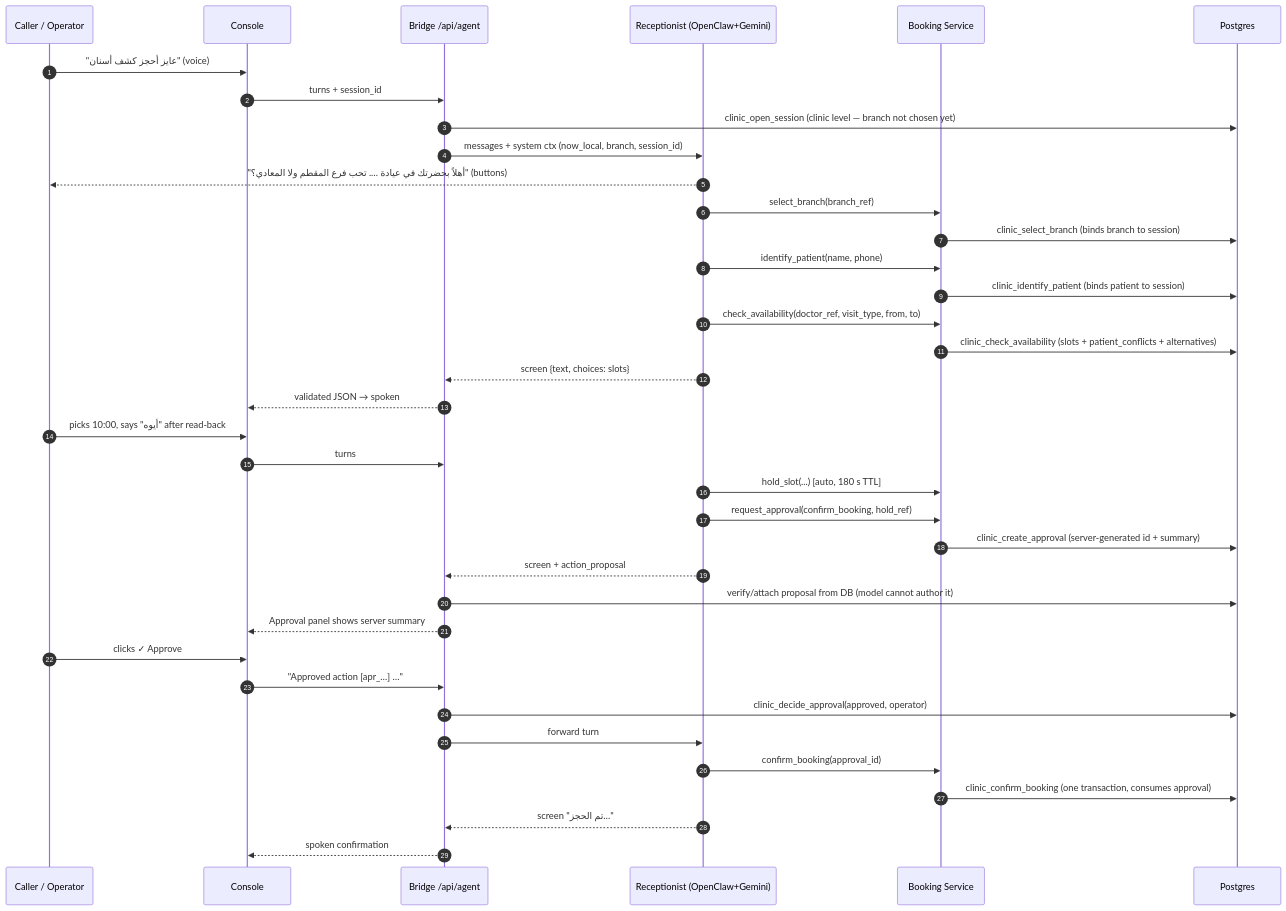
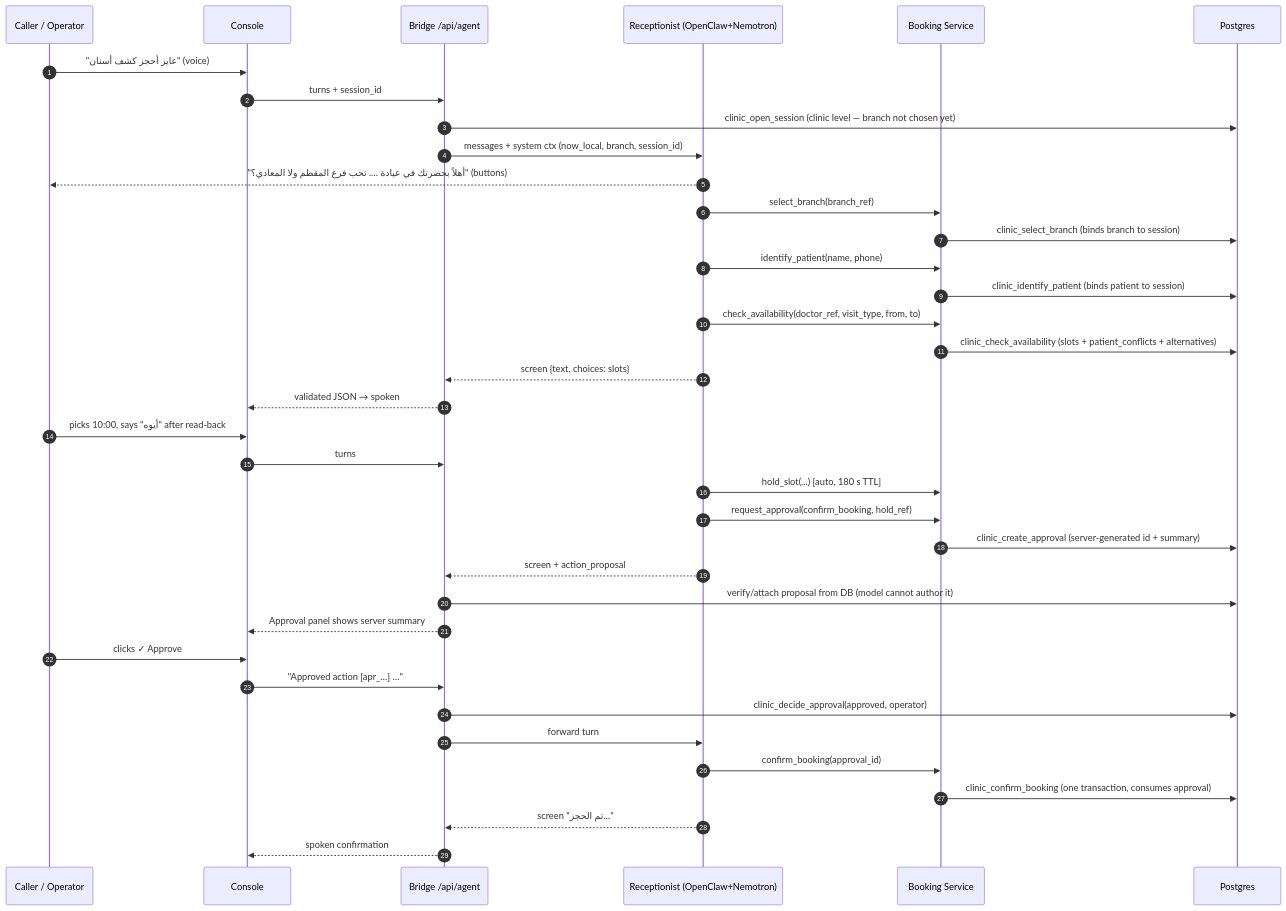
One commit to MahmoudM21/Dark-Coders changed the second of 4 diagrams in docs/ARCHITECTURE.md. Above: the diagram before and after it, drawn with Mermaid. The commit also changed other lines of this file and 8 other files, not shown here.

First line of the commit message:
feat(clinic): run the receptionist on NVIDIA Nemotron 3 Super

````diff
--- a/docs/ARCHITECTURE.md
+++ b/docs/ARCHITECTURE.md
@@ -83,39 +83,39 @@
 ```mermaid
 sequenceDiagram
   autonumber
   participant U as Caller / Operator
   participant C as Console
   participant B as Bridge /api/agent
-  participant A as Receptionist (OpenClaw+Gemini)
+  participant A as Receptionist (OpenClaw+Nemotron)
   participant S as Booking Service
   participant D as Postgres
   U->>C: "عايز أحجز كشف أسنان" (voice)
   C->>B: turns + session_id
   B->>D: clinic_open_session (clinic level — branch not chosen yet)
   B->>A: messages + system ctx (now_local, branch, session_id)
   A-->>U: "أهلاً بحضرتك في عيادة …. تحب فرع المقطم ولا المعادي؟" (buttons)
   A->>S: select_branch(branch_ref)
   S->>D: clinic_select_branch  (binds branch to session)
   A->>S: identify_patient(name, phone)
   S->>D: clinic_identify_patient  (binds patient to session)
   A->>S: check_availability(doctor_ref, visit_type, from, to)
   S->>D: clinic_check_availability  (slots + patient_conflicts + alternatives)
   A-->>B: screen {text, choices: slots}
   B-->>C: validated JSON → spoken
   U->>C: picks 10:00, says "أيوه" after read-back
   C->>B: turns
   A->>S: hold_slot(...)  [auto, 180 s TTL]
   A->>S: request_approval(confirm_booking, hold_ref)
   S->>D: clinic_create_approval  (server-generated id + summary)
   A-->>B: screen + action_proposal
   B->>D: verify/attach proposal from DB (model cannot author it)
   B-->>C: Approval panel shows server summary
   U->>C: clicks ✓ Approve
   C->>B: "Approved action [apr_…] …"
   B->>D: clinic_decide_approval(approved, operator)
   B->>A: forward turn
   A->>S: confirm_booking(approval_id)
   S->>D: clinic_confirm_booking  (one transaction, consumes approval)
   A-->>B: screen "تم الحجز…"
   B-->>C: spoken confirmation
 ```
````
